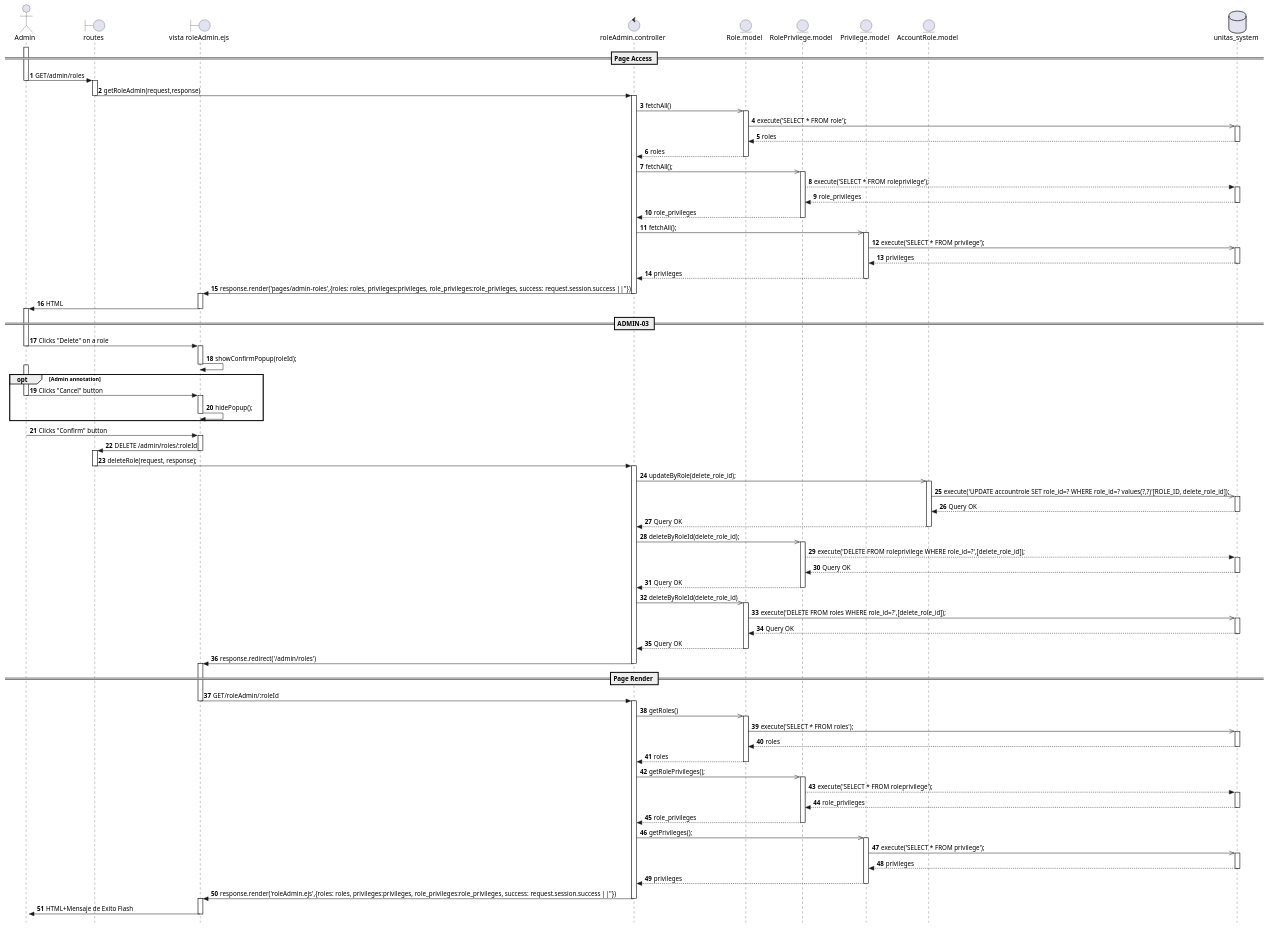
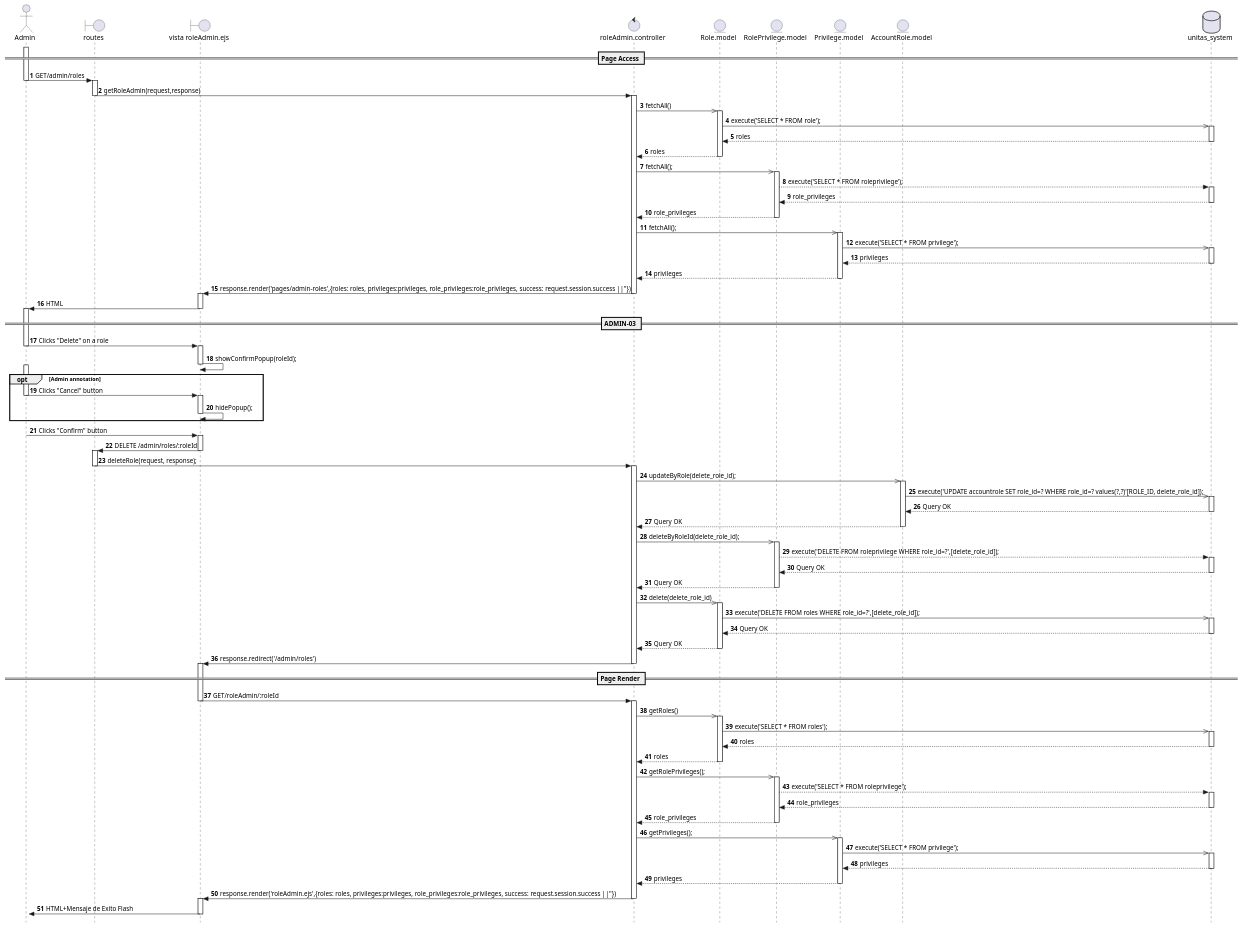
One commit to Berthou05/LimboSoftwareDevelopment_Change.org changed the diagram in documentation/sequence_diagrams/ADMIN-03-SD.puml. Above: the diagram before and after it, drawn with PlantUML. The commit also changed 4 other files, not shown here.

```diff
--- a/documentation/sequence_diagrams/ADMIN-03-SD.puml
+++ b/documentation/sequence_diagrams/ADMIN-03-SD.puml
@@ -1,145 +1,145 @@
 @startuml
 skinparam style strictuml
 
 actor Admin as A   
 boundary "routes" as RO
 boundary "vista roleAdmin.ejs" as V
 control "roleAdmin.controller" as C
 entity "Role.model" as R
 entity "RolePrivilege.model" as RP
 entity "Privilege.model" as P
 entity "AccountRole.model" as AR
 database "unitas_system" as BD
 autonumber
 
 activate A
 == Page Access ==
 
 A -> RO:GET/admin/roles
 deactivate A
     activate RO
     RO -> C:getRoleAdmin(request,response)
     deactivate RO
         activate C
         C ->> R:fetchAll()
             activate R
             R->>BD:execute('SELECT * FROM role');
                 activate BD
                 BD-->R:roles
                 deactivate BD
             R-->C:roles
             deactivate R
         C->>RP:fetchAll();
             activate RP
             RP-->BD:execute('SELECT * FROM roleprivilege');
                 activate BD
                 BD-->RP:role_privileges
                 deactivate BD
             RP-->C:role_privileges
             deactivate RP
         C->>P:fetchAll();
             activate P
             P->>BD:execute('SELECT * FROM privilege');
                 activate BD
                 BD-->P:privileges
                 deactivate BD
             P-->C:privileges
             deactivate P
             C->V: response.render('pages/admin-roles',{roles: roles, privileges:privileges, role_privileges:role_privileges, success: request.session.success ||''})
         deactivate C
     activate V
     V->A:HTML
     deactivate V
 activate A
 == ADMIN-03 ==
 A->V:Clicks "Delete" on a role
 deactivate A
     activate V
     V->V:showConfirmPopup(roleId);
     deactivate V
 
 activate A
 opt Admin annotation
 A->V:Clicks "Cancel" button
 deactivate A
     activate V
     V->V:hidePopup();
     deactivate V
 end
 activate A
 
 A->V:Clicks "Confirm" button
 deactivate A
     activate V
     V->RO: DELETE /admin/roles/:roleId
     deactivate V
         activate RO
         RO->C:deleteRole(request, response);
         deactivate RO
             activate C
                 C->>AR:updateByRole(delete_role_id);
                 activate AR    
                     AR->>BD:execute('UPDATE accountrole SET role_id=? WHERE role_id=? values(?,?)'[ROLE_ID, delete_role_id]);
                     activate BD
                     BD-->AR:Query OK
                     deactivate BD
                 AR-->C:Query OK
                 deactivate AR
 
                 C->>RP:deleteByRoleId(delete_role_id);
                     activate RP
                     RP-->BD:execute('DELETE FROM roleprivilege WHERE role_id=?',[delete_role_id]);
                         activate BD
                         BD-->RP:Query OK
                         deactivate BD
                     RP-->C:Query OK
                     deactivate RP
 
-                C ->> R:deleteByRoleId(delete_role_id)
+                C ->> R:delete(delete_role_id)
                     activate R
                     R->>BD:execute('DELETE FROM roles WHERE role_id=?',[delete_role_id]);
                         activate BD
                         BD-->R:Query OK
                         deactivate BD
                     R-->C:Query OK
                     deactivate R
                 C->V:response.redirect('/admin/roles')
                 deactivate C
             activate V
             == Page Render ==
             V->C: GET/roleAdmin/:roleId
             deactivate V 
                 activate C 
                 
                 C ->> R:getRoles()
                     activate R
                     R->>BD:execute('SELECT * FROM roles');
                         activate BD
                         BD-->R:roles
                         deactivate BD
                     R-->C:roles
                     deactivate R
                 C->>RP:getRolePrivileges();
                     activate RP
                     RP-->BD:execute('SELECT * FROM roleprivilege');
                         activate BD
                         BD-->RP:role_privileges
                         deactivate BD
                     RP-->C:role_privileges
                     deactivate RP
                 C->>P:getPrivileges();
                     activate P
                     P->>BD:execute('SELECT * FROM privilege');
                         activate BD
                         BD-->P:privileges
                         deactivate BD
                     P-->C:privileges
                     deactivate P
                 C->V: response.render('roleAdmin.ejs',{roles: roles, privileges:privileges, role_privileges:role_privileges, success: request.session.success ||''})
                 deactivate C
             activate V
             V->A:HTML+Mensaje de Exito Flash
             deactivate V
 activate A
 
 @enduml
```
